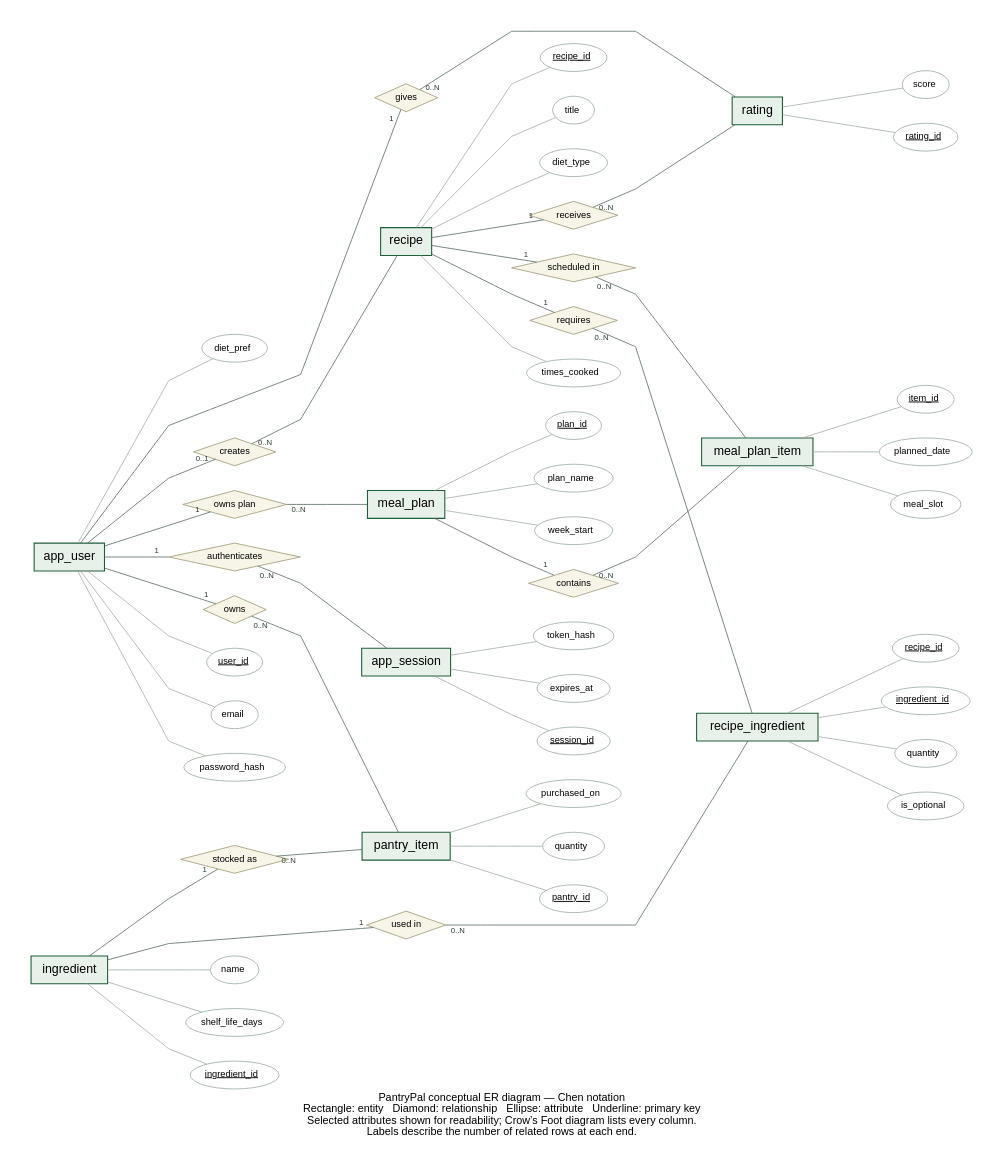
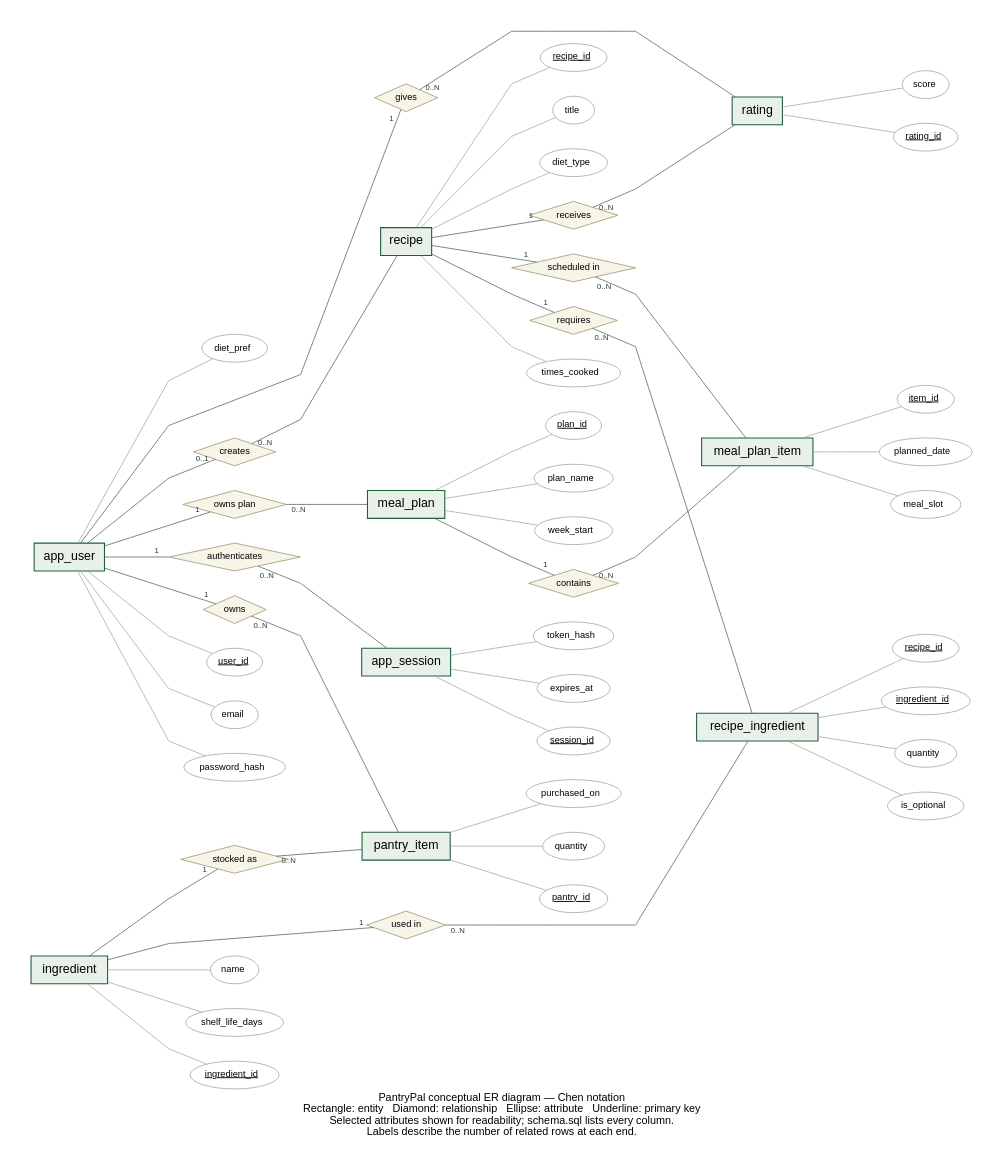
Before and after one commit to pranav6126/DBMS-Project-PantryPal: the diagram in PantryPal_Report_Assets/er-diagram.dot, drawn with Graphviz. The commit also changed 16 other files, not shown here.

Commit message:
Use team login screenshot, retain Chen ER only and add local app links

```diff
--- a/PantryPal_Report_Assets/er-diagram.dot
+++ b/PantryPal_Report_Assets/er-diagram.dot
@@ -1,65 +1,65 @@
 graph ER { rankdir=LR; graph [fontname="Helvetica", bgcolor="white", pad="0.45", nodesep="0.45", ranksep="1.1", splines=polyline]; node [fontname="Helvetica", fontsize=12]; edge [fontname="Helvetica", fontsize=10, color="#52665b", fontcolor="#263b2d"];
 app_user [shape=box style=filled fillcolor="#e7f1e9" color="#205e3a" label="app_user" fontsize=16 penwidth=1.4];
 app_user_user_id [shape=ellipse label=<<U>user_id</U>> color="#98aa9d"]; app_user -- app_user_user_id [color="#9fac9f"];
 app_user_email [shape=ellipse label=<email> color="#98aa9d"]; app_user -- app_user_email [color="#9fac9f"];
 app_user_password_hash [shape=ellipse label=<password_hash> color="#98aa9d"]; app_user -- app_user_password_hash [color="#9fac9f"];
 app_user_diet_pref [shape=ellipse label=<diet_pref> color="#98aa9d"]; app_user -- app_user_diet_pref [color="#9fac9f"];
 ingredient [shape=box style=filled fillcolor="#e7f1e9" color="#205e3a" label="ingredient" fontsize=16 penwidth=1.4];
 ingredient_ingredient_id [shape=ellipse label=<<U>ingredient_id</U>> color="#98aa9d"]; ingredient -- ingredient_ingredient_id [color="#9fac9f"];
 ingredient_name [shape=ellipse label=<name> color="#98aa9d"]; ingredient -- ingredient_name [color="#9fac9f"];
 ingredient_shelf_life_days [shape=ellipse label=<shelf_life_days> color="#98aa9d"]; ingredient -- ingredient_shelf_life_days [color="#9fac9f"];
 recipe [shape=box style=filled fillcolor="#e7f1e9" color="#205e3a" label="recipe" fontsize=16 penwidth=1.4];
 recipe_recipe_id [shape=ellipse label=<<U>recipe_id</U>> color="#98aa9d"]; recipe -- recipe_recipe_id [color="#9fac9f"];
 recipe_title [shape=ellipse label=<title> color="#98aa9d"]; recipe -- recipe_title [color="#9fac9f"];
 recipe_diet_type [shape=ellipse label=<diet_type> color="#98aa9d"]; recipe -- recipe_diet_type [color="#9fac9f"];
 recipe_times_cooked [shape=ellipse label=<times_cooked> color="#98aa9d"]; recipe -- recipe_times_cooked [color="#9fac9f"];
 pantry_item [shape=box style=filled fillcolor="#e7f1e9" color="#205e3a" label="pantry_item" fontsize=16 penwidth=1.4];
 pantry_item_pantry_id [shape=ellipse label=<<U>pantry_id</U>> color="#98aa9d"]; pantry_item -- pantry_item_pantry_id [color="#9fac9f"];
 pantry_item_purchased_on [shape=ellipse label=<purchased_on> color="#98aa9d"]; pantry_item -- pantry_item_purchased_on [color="#9fac9f"];
 pantry_item_quantity [shape=ellipse label=<quantity> color="#98aa9d"]; pantry_item -- pantry_item_quantity [color="#9fac9f"];
 recipe_ingredient [shape=box style=filled fillcolor="#e7f1e9" color="#205e3a" label="recipe_ingredient" fontsize=16 penwidth=1.4];
 recipe_ingredient_recipe_id [shape=ellipse label=<<U>recipe_id</U>> color="#98aa9d"]; recipe_ingredient -- recipe_ingredient_recipe_id [color="#9fac9f"];
 recipe_ingredient_ingredient_id [shape=ellipse label=<<U>ingredient_id</U>> color="#98aa9d"]; recipe_ingredient -- recipe_ingredient_ingredient_id [color="#9fac9f"];
 recipe_ingredient_quantity [shape=ellipse label=<quantity> color="#98aa9d"]; recipe_ingredient -- recipe_ingredient_quantity [color="#9fac9f"];
 recipe_ingredient_is_optional [shape=ellipse label=<is_optional> color="#98aa9d"]; recipe_ingredient -- recipe_ingredient_is_optional [color="#9fac9f"];
 rating [shape=box style=filled fillcolor="#e7f1e9" color="#205e3a" label="rating" fontsize=16 penwidth=1.4];
 rating_rating_id [shape=ellipse label=<<U>rating_id</U>> color="#98aa9d"]; rating -- rating_rating_id [color="#9fac9f"];
 rating_score [shape=ellipse label=<score> color="#98aa9d"]; rating -- rating_score [color="#9fac9f"];
 meal_plan [shape=box style=filled fillcolor="#e7f1e9" color="#205e3a" label="meal_plan" fontsize=16 penwidth=1.4];
 meal_plan_plan_id [shape=ellipse label=<<U>plan_id</U>> color="#98aa9d"]; meal_plan -- meal_plan_plan_id [color="#9fac9f"];
 meal_plan_plan_name [shape=ellipse label=<plan_name> color="#98aa9d"]; meal_plan -- meal_plan_plan_name [color="#9fac9f"];
 meal_plan_week_start [shape=ellipse label=<week_start> color="#98aa9d"]; meal_plan -- meal_plan_week_start [color="#9fac9f"];
 meal_plan_item [shape=box style=filled fillcolor="#e7f1e9" color="#205e3a" label="meal_plan_item" fontsize=16 penwidth=1.4];
 meal_plan_item_item_id [shape=ellipse label=<<U>item_id</U>> color="#98aa9d"]; meal_plan_item -- meal_plan_item_item_id [color="#9fac9f"];
 meal_plan_item_planned_date [shape=ellipse label=<planned_date> color="#98aa9d"]; meal_plan_item -- meal_plan_item_planned_date [color="#9fac9f"];
 meal_plan_item_meal_slot [shape=ellipse label=<meal_slot> color="#98aa9d"]; meal_plan_item -- meal_plan_item_meal_slot [color="#9fac9f"];
 app_session [shape=box style=filled fillcolor="#e7f1e9" color="#205e3a" label="app_session" fontsize=16 penwidth=1.4];
 app_session_session_id [shape=ellipse label=<<U>session_id</U>> color="#98aa9d"]; app_session -- app_session_session_id [color="#9fac9f"];
 app_session_token_hash [shape=ellipse label=<token_hash> color="#98aa9d"]; app_session -- app_session_token_hash [color="#9fac9f"];
 app_session_expires_at [shape=ellipse label=<expires_at> color="#98aa9d"]; app_session -- app_session_expires_at [color="#9fac9f"];
 relationship0 [shape=diamond label="owns" style=filled fillcolor="#f7f5e8" color="#9c946f"];
 app_user -- relationship0 [headlabel="1" labeldistance=1.7]; relationship0 -- pantry_item [taillabel="0..N" labeldistance=1.7];
 relationship1 [shape=diamond label="stocked as" style=filled fillcolor="#f7f5e8" color="#9c946f"];
 ingredient -- relationship1 [headlabel="1" labeldistance=1.7]; relationship1 -- pantry_item [taillabel="0..N" labeldistance=1.7];
 relationship2 [shape=diamond label="creates" style=filled fillcolor="#f7f5e8" color="#9c946f"];
 app_user -- relationship2 [headlabel="0..1" labeldistance=1.7]; relationship2 -- recipe [taillabel="0..N" labeldistance=1.7];
 relationship3 [shape=diamond label="requires" style=filled fillcolor="#f7f5e8" color="#9c946f"];
 recipe -- relationship3 [headlabel="1" labeldistance=1.7]; relationship3 -- recipe_ingredient [taillabel="0..N" labeldistance=1.7];
 relationship4 [shape=diamond label="used in" style=filled fillcolor="#f7f5e8" color="#9c946f"];
 ingredient -- relationship4 [headlabel="1" labeldistance=1.7]; relationship4 -- recipe_ingredient [taillabel="0..N" labeldistance=1.7];
 relationship5 [shape=diamond label="gives" style=filled fillcolor="#f7f5e8" color="#9c946f"];
 app_user -- relationship5 [headlabel="1" labeldistance=1.7]; relationship5 -- rating [taillabel="0..N" labeldistance=1.7];
 relationship6 [shape=diamond label="receives" style=filled fillcolor="#f7f5e8" color="#9c946f"];
 recipe -- relationship6 [headlabel="1" labeldistance=1.7]; relationship6 -- rating [taillabel="0..N" labeldistance=1.7];
 relationship7 [shape=diamond label="owns plan" style=filled fillcolor="#f7f5e8" color="#9c946f"];
 app_user -- relationship7 [headlabel="1" labeldistance=1.7]; relationship7 -- meal_plan [taillabel="0..N" labeldistance=1.7];
 relationship8 [shape=diamond label="contains" style=filled fillcolor="#f7f5e8" color="#9c946f"];
 meal_plan -- relationship8 [headlabel="1" labeldistance=1.7]; relationship8 -- meal_plan_item [taillabel="0..N" labeldistance=1.7];
 relationship9 [shape=diamond label="scheduled in" style=filled fillcolor="#f7f5e8" color="#9c946f"];
 recipe -- relationship9 [headlabel="1" labeldistance=1.7]; relationship9 -- meal_plan_item [taillabel="0..N" labeldistance=1.7];
 relationship10 [shape=diamond label="authenticates" style=filled fillcolor="#f7f5e8" color="#9c946f"];
 app_user -- relationship10 [headlabel="1" labeldistance=1.7]; relationship10 -- app_session [taillabel="0..N" labeldistance=1.7];
 label="PantryPal conceptual ER diagram — Chen notation
 Rectangle: entity   Diamond: relationship   Ellipse: attribute   Underline: primary key
-Selected attributes shown for readability; Crow’s Foot diagram lists every column.
+Selected attributes shown for readability; schema.sql lists every column.
 Labels describe the number of related rows at each end."; labelloc=b; fontsize=14; }
```
